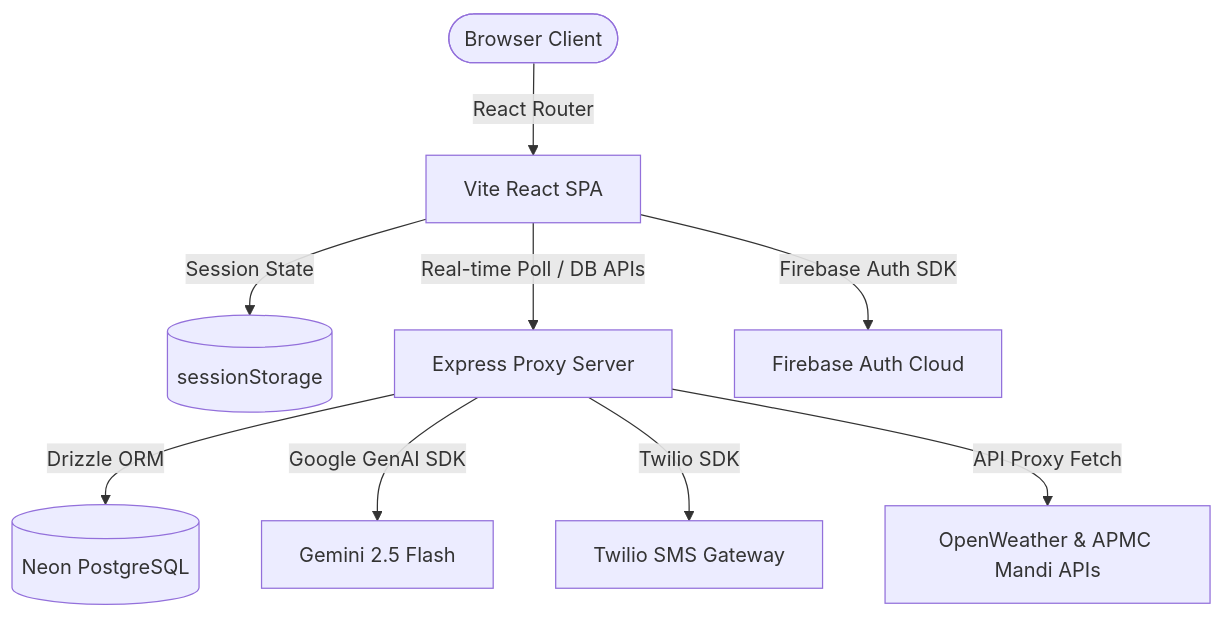
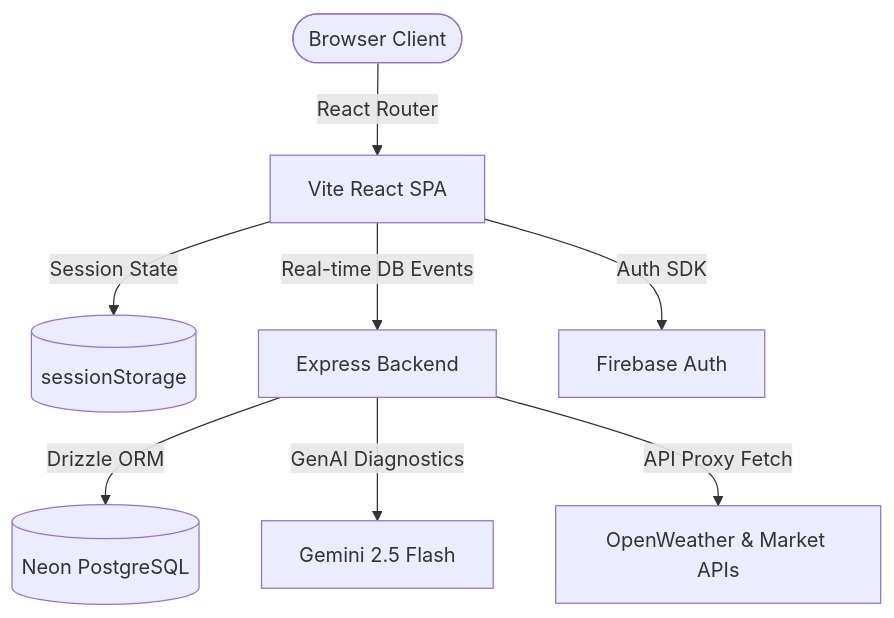
Before and after one commit to adi-0903/Kisan-sathi: the diagram in README.md, drawn with Mermaid. The commit also changed other lines of this file, not shown here.

````diff
--- a/README.md
+++ b/README.md
@@ -74,11 +44,10 @@
 ```mermaid
 graph TD
     User([Browser Client]) -->|React Router| SPA[Vite React SPA]
     SPA -->|Session State| SessionStore[(sessionStorage)]
-    SPA -->|Real-time Poll / DB APIs| ExpressProxy[Express Proxy Server]
+    SPA -->|Real-time DB Events| ExpressProxy[Express Backend]
     ExpressProxy -->|Drizzle ORM| NeonDB[(Neon PostgreSQL)]
-    SPA -->|Firebase Auth SDK| FirebaseAuth[Firebase Auth Cloud]
-    ExpressProxy -->|Google GenAI SDK| Gemini[Gemini 2.5 Flash]
-    ExpressProxy -->|Twilio SDK| Twilio[Twilio SMS Gateway]
-    ExpressProxy -->|API Proxy Fetch| ExternalAPIs[OpenWeather & APMC Mandi APIs]
+    SPA -->|Auth SDK| FirebaseAuth[Firebase Auth]
+    ExpressProxy -->|GenAI Diagnostics| Gemini[Gemini 2.5 Flash]
+    ExpressProxy -->|API Proxy Fetch| ExternalAPIs[OpenWeather & Market APIs]
 ```
````
